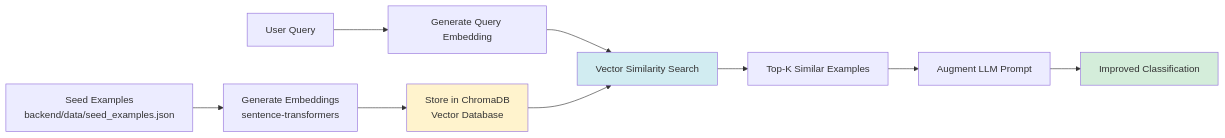
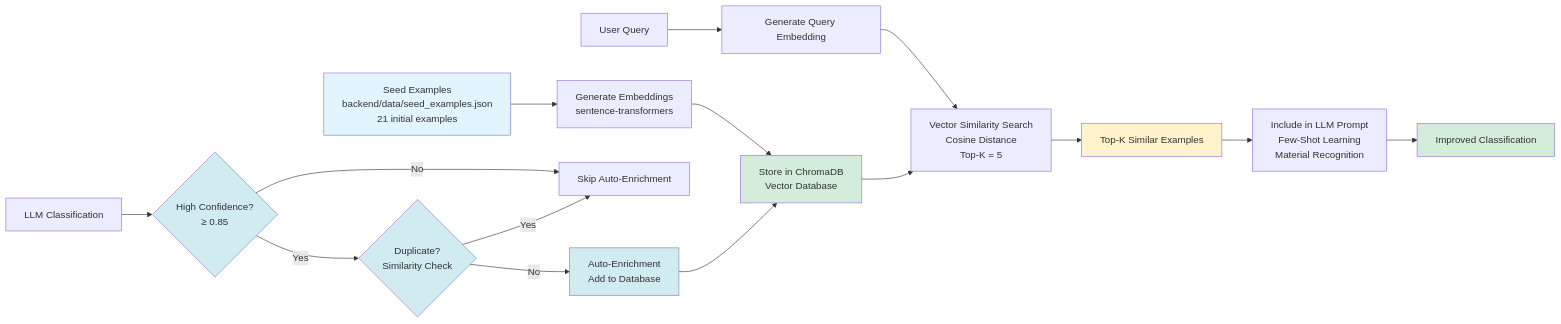
Before and after one commit to nolanimage/hk-waste-classification-system: the second of 2 diagrams in README.md, drawn with Mermaid. The commit also changed other lines of this file, not shown here.

Commit message:
Update README flowcharts with content filtering and auto-enrichment

````diff
--- a/README.md
+++ b/README.md
@@ -224,16 +252,27 @@
 ```mermaid
 flowchart LR
-    SeedData[Seed Examples<br/>backend/data/seed_examples.json] --> Embed[Generate Embeddings<br/>sentence-transformers]
+    SeedData[Seed Examples<br/>backend/data/seed_examples.json<br/>21 initial examples] --> Embed[Generate Embeddings<br/>sentence-transformers]
     Embed --> Store[Store in ChromaDB<br/>Vector Database]
     
     UserQuery[User Query] --> QueryEmbed[Generate Query Embedding]
-    QueryEmbed --> Similarity[Vector Similarity Search]
+    QueryEmbed --> Similarity[Vector Similarity Search<br/>Cosine Distance<br/>Top-K = 5]
     Store --> Similarity
     Similarity --> TopK[Top-K Similar Examples]
-    TopK --> LLMPrompt[Augment LLM Prompt]
+    TopK --> LLMPrompt[Include in LLM Prompt<br/>Few-Shot Learning<br/>Material Recognition]
     LLMPrompt --> BetterResult[Improved Classification]
     
-    style Store fill:#fff3cd
-    style Similarity fill:#d1ecf1
+    Classification[LLM Classification] --> CheckConf{High Confidence?<br/>≥ 0.85}
+    CheckConf -->|Yes| CheckDup{Duplicate?<br/>Similarity Check}
+    CheckConf -->|No| Skip[Skip Auto-Enrichment]
+    CheckDup -->|No| AutoAdd[Auto-Enrichment<br/>Add to Database]
+    CheckDup -->|Yes| Skip
+    AutoAdd --> Store
+    
+    style SeedData fill:#e1f5ff
+    style Store fill:#d4edda
+    style TopK fill:#fff3cd
+    style AutoAdd fill:#d1ecf1
+    style CheckConf fill:#d1ecf1
+    style CheckDup fill:#d1ecf1
     style BetterResult fill:#d4edda
 ```
````
